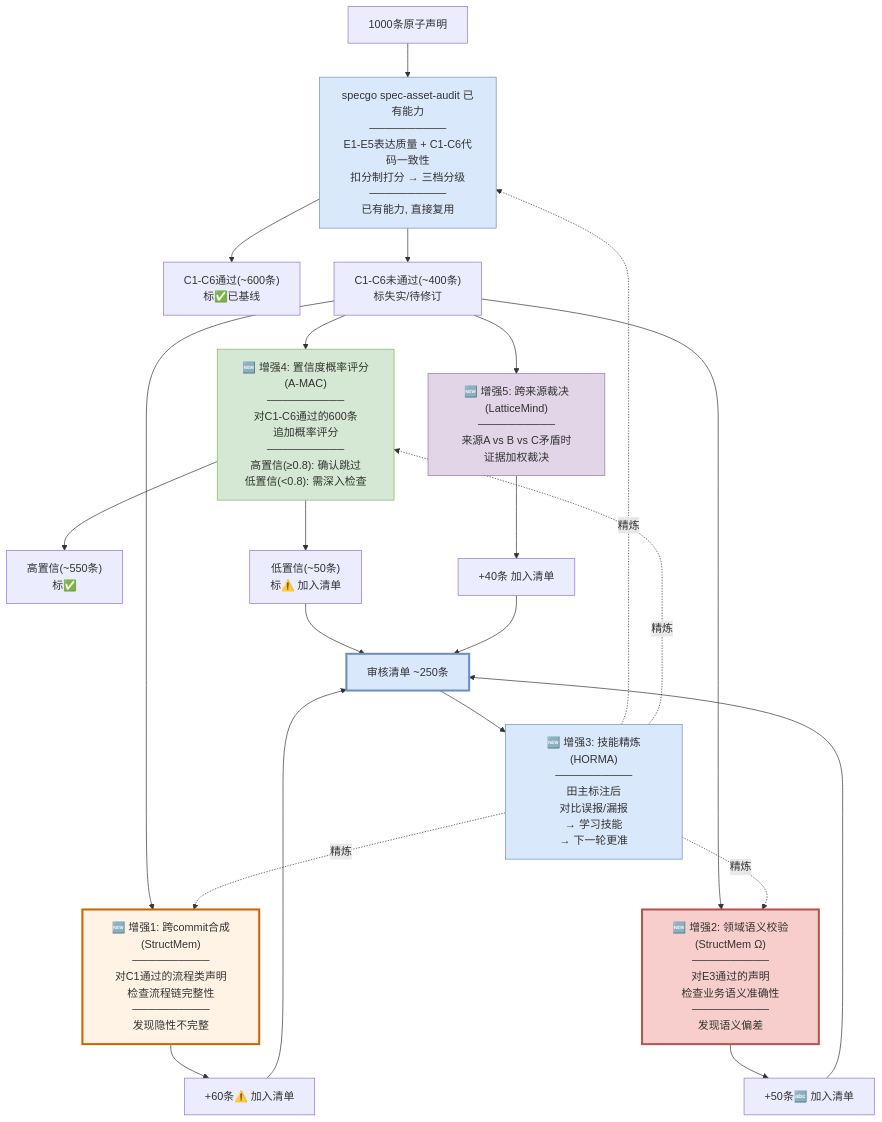
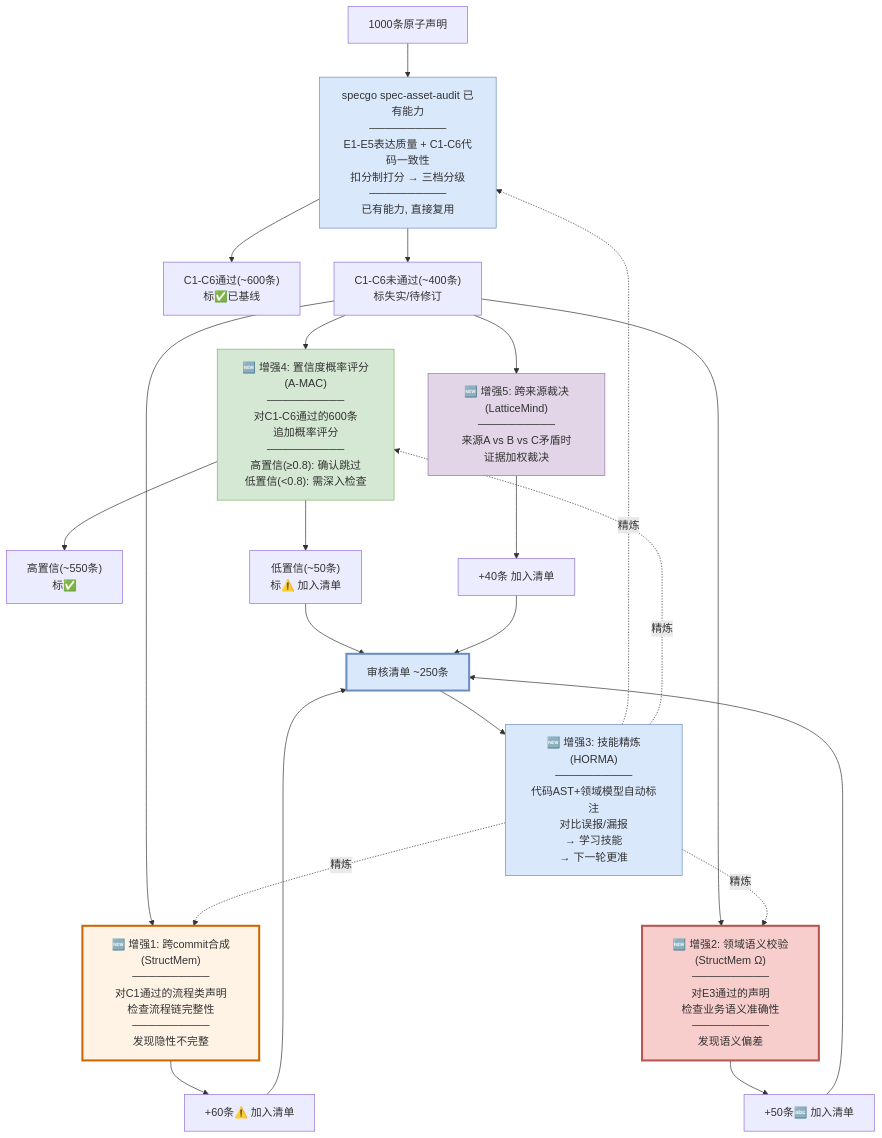
Before and after one commit to hututuxinyu/Memory: the second of 2 diagrams in POC/存量知识资产治理完整解决方案.md, drawn with Mermaid. The commit also changed other lines of this file, not shown here.

````diff
--- a/POC/存量知识资产治理完整解决方案.md
+++ b/POC/存量知识资产治理完整解决方案.md
@@ -463,42 +463,42 @@
 ```mermaid
 flowchart TD
     A["1000条原子声明"] 
     
     A --> B["specgo spec-asset-audit 已有能力<br/>──────────<br/>E1-E5表达质量 + C1-C6代码一致性<br/>扣分制打分 → 三档分级<br/>──────────<br/>已有能力, 直接复用"]
     
     B --> B1["C1-C6通过(~600条)<br/>标✅已基线"]
     B --> B2["C1-C6未通过(~400条)<br/>标失实/待修订"]
     
     B2 --> C["🆕 增强4: 置信度概率评分(A-MAC)<br/>──────────<br/>对C1-C6通过的600条<br/>追加概率评分<br/>──────────<br/>高置信(≥0.8): 确认跳过<br/>低置信(<0.8): 需深入检查"]
     
     C --> C1["高置信(~550条)<br/>标✅"]
     C --> C2["低置信(~50条)<br/>标⚠️ 加入清单"]
     
     B2 --> D["🆕 增强1: 跨commit合成(StructMem)<br/>──────────<br/>对C1通过的流程类声明<br/>检查流程链完整性<br/>──────────<br/>发现隐性不完整"]
     D --> D1["+60条⚠️ 加入清单"]
     
     B2 --> E["🆕 增强2: 领域语义校验(StructMem Ω)<br/>──────────<br/>对E3通过的声明<br/>检查业务语义准确性<br/>──────────<br/>发现语义偏差"]
     E --> E1["+50条🔤 加入清单"]
     
     B2 --> F["🆕 增强5: 跨来源裁决(LatticeMind)<br/>──────────<br/>来源A vs B vs C矛盾时<br/>证据加权裁决"]
     F --> F1["+40条 加入清单"]
     
     D1 --> G["审核清单 ~250条"]
     E1 --> G
     C2 --> G
     F1 --> G
     
-    G --> H["🆕 增强3: 技能精炼(HORMA)<br/>──────────<br/>田主标注后<br/>对比误报/漏报<br/>→ 学习技能<br/>→ 下一轮更准"]
+    G --> H["🆕 增强3: 技能精炼(HORMA)<br/>──────────<br/>代码AST+领域模型自动标注<br/>对比误报/漏报<br/>→ 学习技能<br/>→ 下一轮更准"]
     H -.->|"精炼"| B
     H -.->|"精炼"| C
     H -.->|"精炼"| D
     H -.->|"精炼"| E
 
     style B fill:#dae8fc,stroke:#6c8ebf
     style C fill:#d5e8d4,stroke:#82b366
     style D fill:#fff3e6,stroke:#cc6600,stroke-width:3px
     style E fill:#f8cecc,stroke:#b85450,stroke-width:3px
     style F fill:#e1d5e7,stroke:#9673a6
     style H fill:#dae8fc,stroke:#6c8ebf
     style G fill:#dae8fc,stroke:#6c8ebf,stroke-width:3px
 ```
````
